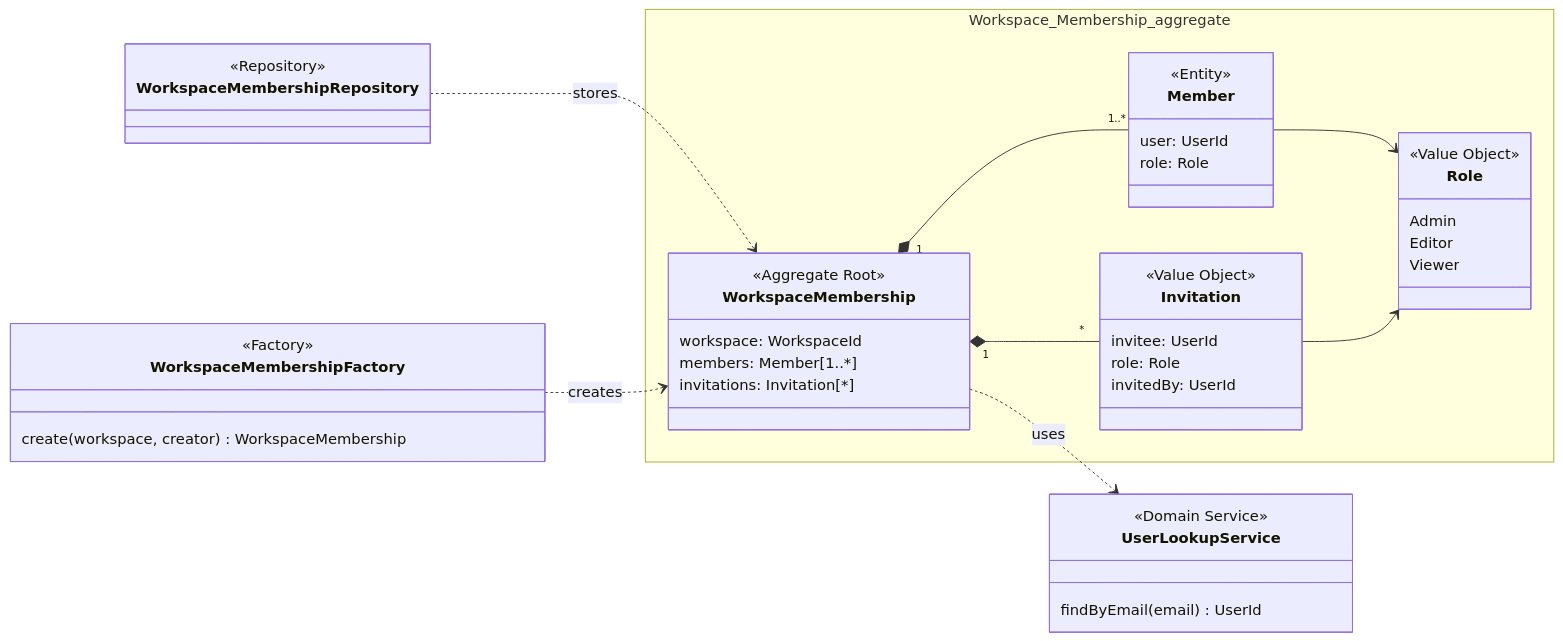
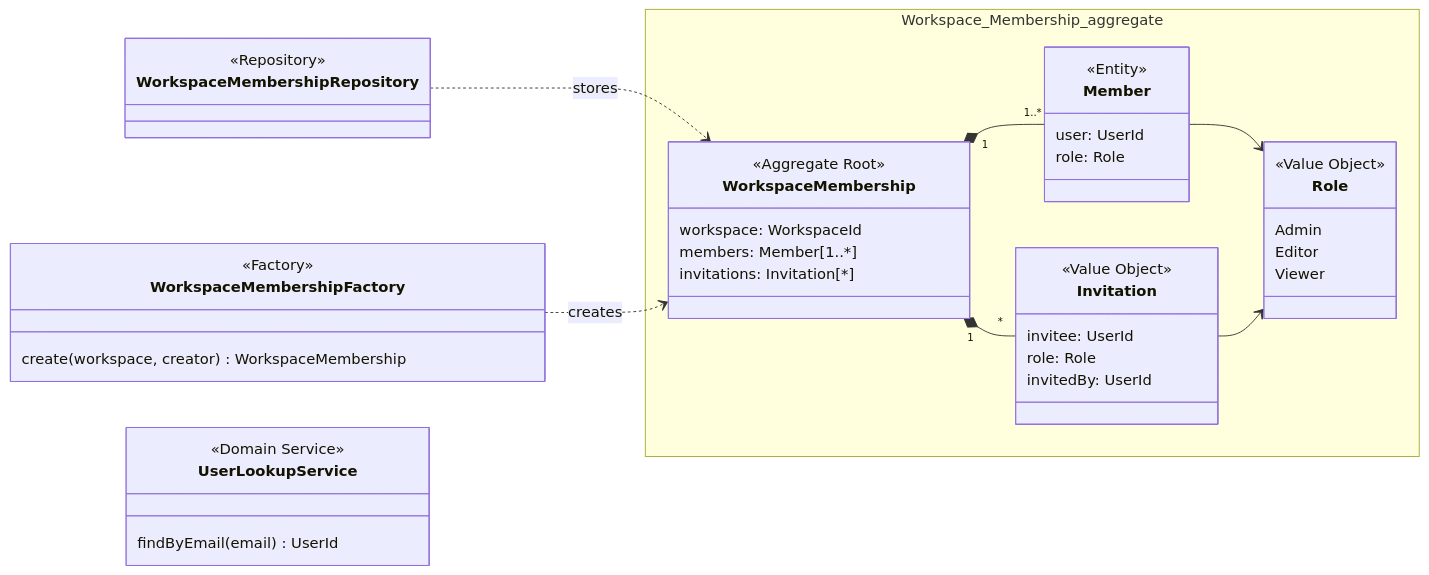
The second of 5 diagrams in docs/_includes/tactical-design.md (Bending-Forks/gotion), drawn with Mermaid before and after one commit. The commit also changed other lines of this file, not shown here.

````diff
--- a/docs/_includes/tactical-design.md
+++ b/docs/_includes/tactical-design.md
@@ -124,47 +132,46 @@
 ```mermaid
 classDiagram
   direction LR
   namespace Workspace_Membership_aggregate {
     class WorkspaceMembership {
       <<Aggregate Root>>
       workspace: WorkspaceId
       members: Member[1..*]
       invitations: Invitation[*]
     }
     class Member {
       <<Entity>>
       user: UserId
       role: Role
     }
     class Invitation {
       <<Value Object>>
       invitee: UserId
       role: Role
       invitedBy: UserId
     }
     class Role {
       <<Value Object>>
       Admin
       Editor
       Viewer
     }
   }
   class WorkspaceMembershipRepository {
     <<Repository>>
   }
   class WorkspaceMembershipFactory {
     <<Factory>>
     create(workspace, creator) WorkspaceMembership
   }
   class UserLookupService {
     <<Domain Service>>
     findByEmail(email) UserId
   }
   WorkspaceMembership "1" *-- "1..*" Member
   WorkspaceMembership "1" *-- "*" Invitation
   Member --> Role
   Invitation --> Role
   WorkspaceMembershipRepository ..> WorkspaceMembership : stores
   WorkspaceMembershipFactory ..> WorkspaceMembership : creates
-  WorkspaceMembership ..> UserLookupService : uses
 ```
````
